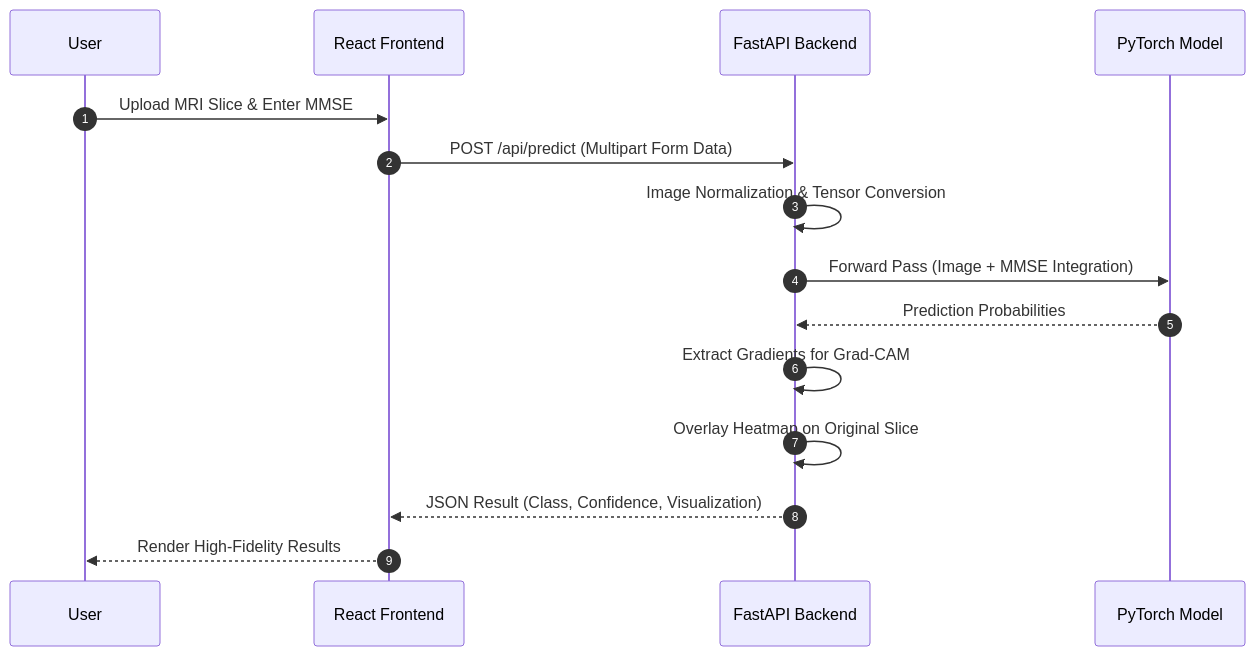
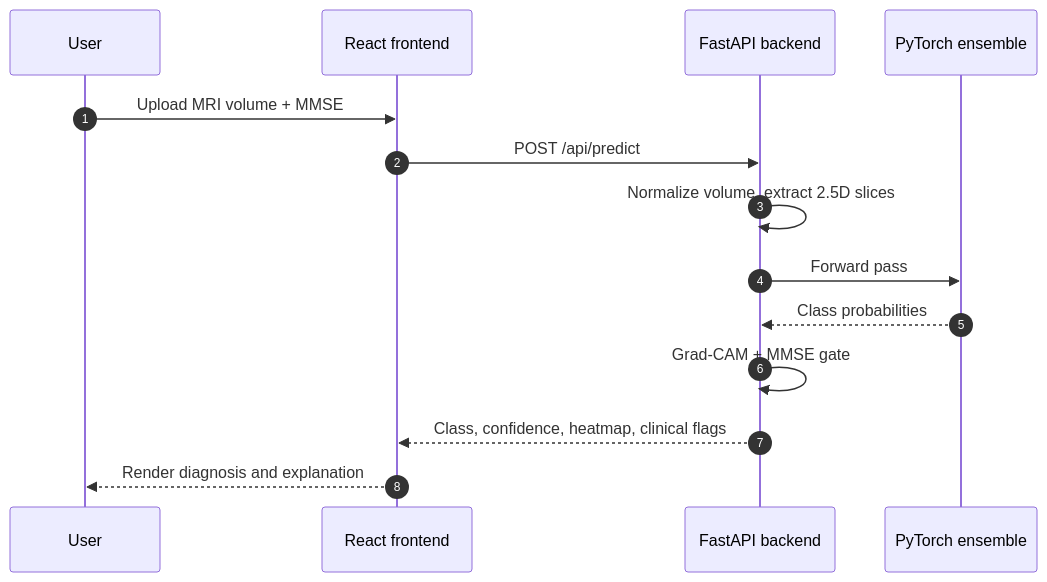
The second of 2 diagrams in README.md (bmo1177/NeuroDetectLite), drawn with Mermaid before and after one commit. The commit also changed other lines of this file and 52 other files, not shown here.

````diff
--- a/README.md
+++ b/README.md
@@ -50,18 +71,17 @@
 ```mermaid
 sequenceDiagram
     autonumber
     participant U as User
-    participant F as React Frontend
-    participant B as FastAPI Backend
-    participant M as PyTorch Model
-    
-    U->>F: Upload MRI Slice & Enter MMSE
-    F->>B: POST /api/predict (Multipart Form Data)
-    B->>B: Image Normalization & Tensor Conversion
-    B->>M: Forward Pass (Image + MMSE Integration)
-    M-->>B: Prediction Probabilities
-    B->>B: Extract Gradients for Grad-CAM
-    B->>B: Overlay Heatmap on Original Slice
-    B-->>F: JSON Result (Class, Confidence, Visualization)
-    F-->>U: Render High-Fidelity Results
+    participant F as React frontend
+    participant B as FastAPI backend
+    participant M as PyTorch ensemble
+
+    U->>F: Upload MRI volume + MMSE
+    F->>B: POST /api/predict
+    B->>B: Normalize volume, extract 2.5D slices
+    B->>M: Forward pass
+    M-->>B: Class probabilities
+    B->>B: Grad-CAM + MMSE gate
+    B-->>F: Class, confidence, heatmap, clinical flags
+    F-->>U: Render diagnosis and explanation
 ```
````
